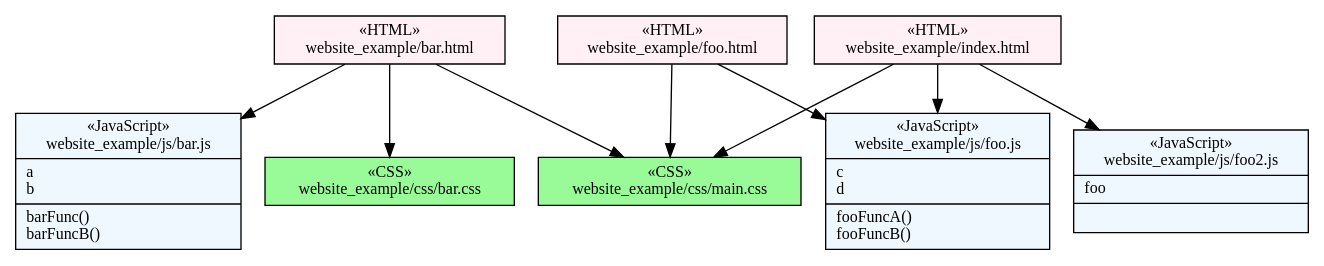
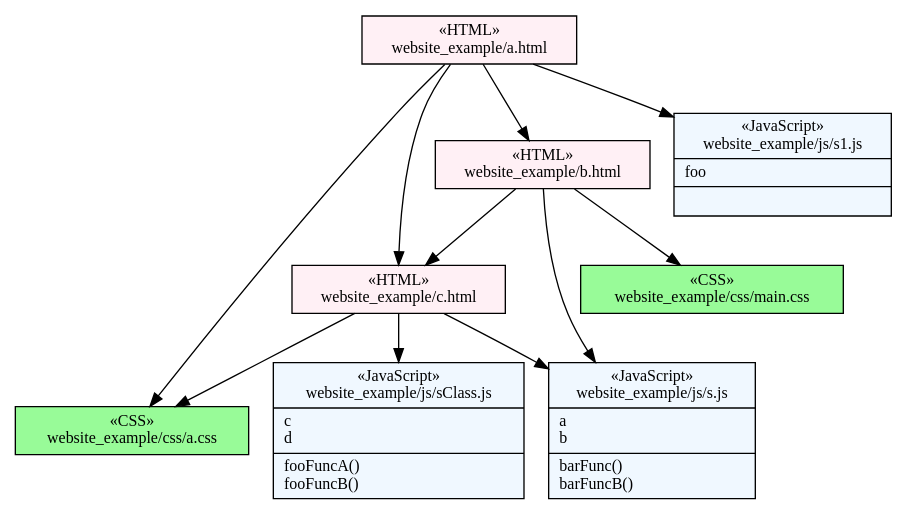
Before and after one commit to bakunin95/wavi: the diagram in example/result/example.dot, drawn with Graphviz. The commit also changed 29 other files, not shown here.

```diff
--- a/example/result/example.dot
+++ b/example/result/example.dot
@@ -1,18 +1,20 @@
 digraph G {
-  "website_example/bar.html" [ label = "{&laquo;HTML»\nwebsite_example/bar.html}", fontsize = 12, shape = record, style = "filled", fillcolor = "lavenderblush" ];
-  "website_example/foo.html" [ label = "{&laquo;HTML»\nwebsite_example/foo.html}", fontsize = 12, shape = record, style = "filled", fillcolor = "lavenderblush" ];
-  "website_example/index.html" [ label = "{&laquo;HTML»\nwebsite_example/index.html}", fontsize = 12, shape = record, style = "filled", fillcolor = "lavenderblush" ];
-  "website_example/css/bar.css" [ label = "{&laquo;CSS»\nwebsite_example/css/bar.css}", fontsize = 12, shape = record, style = "filled", fillcolor = "palegreen" ];
+  "website_example/a.html" [ label = "{&laquo;HTML»\nwebsite_example/a.html}", fontsize = 12, shape = record, style = "filled", fillcolor = "lavenderblush" ];
+  "website_example/b.html" [ label = "{&laquo;HTML»\nwebsite_example/b.html}", fontsize = 12, shape = record, style = "filled", fillcolor = "lavenderblush" ];
+  "website_example/c.html" [ label = "{&laquo;HTML»\nwebsite_example/c.html}", fontsize = 12, shape = record, style = "filled", fillcolor = "lavenderblush" ];
+  "website_example/css/a.css" [ label = "{&laquo;CSS»\nwebsite_example/css/a.css}", fontsize = 12, shape = record, style = "filled", fillcolor = "palegreen" ];
   "website_example/css/main.css" [ label = "{&laquo;CSS»\nwebsite_example/css/main.css}", fontsize = 12, shape = record, style = "filled", fillcolor = "palegreen" ];
-  "website_example/js/foo.js" [ label = "{&laquo;JavaScript»\nwebsite_example/js/foo.js|c\ld\l|fooFuncA()\lfooFuncB()\l}", fontsize = 12, shape = record, style = "filled", fillcolor = "aliceblue" ];
-  "website_example/js/bar.js" [ label = "{&laquo;JavaScript»\nwebsite_example/js/bar.js|a\lb\l|barFunc()\lbarFuncB()\l}", fontsize = 12, shape = record, style = "filled", fillcolor = "aliceblue" ];
-  "website_example/js/foo2.js" [ label = "{&laquo;JavaScript»\nwebsite_example/js/foo2.js|foo\l|\l}", fontsize = 12, shape = record, style = "filled", fillcolor = "aliceblue" ];
-  "website_example/foo.html" -> "website_example/css/main.css";
-  "website_example/index.html" -> "website_example/css/main.css";
-  "website_example/foo.html" -> "website_example/js/foo.js";
-  "website_example/bar.html" -> "website_example/css/bar.css";
-  "website_example/bar.html" -> "website_example/js/bar.js";
-  "website_example/bar.html" -> "website_example/css/main.css";
-  "website_example/index.html" -> "website_example/js/foo2.js";
-  "website_example/index.html" -> "website_example/js/foo.js";
+  "website_example/js/s.js" [ label = "{&laquo;JavaScript»\nwebsite_example/js/s.js|a\lb\l|barFunc()\lbarFuncB()\l}", fontsize = 12, shape = record, style = "filled", fillcolor = "aliceblue" ];
+  "website_example/js/sClass.js" [ label = "{&laquo;JavaScript»\nwebsite_example/js/sClass.js|c\ld\l|fooFuncA()\lfooFuncB()\l}", fontsize = 12, shape = record, style = "filled", fillcolor = "aliceblue" ];
+  "website_example/js/s1.js" [ label = "{&laquo;JavaScript»\nwebsite_example/js/s1.js|foo\l|\l}", fontsize = 12, shape = record, style = "filled", fillcolor = "aliceblue" ];
+  "website_example/b.html" -> "website_example/c.html";
+  "website_example/c.html" -> "website_example/js/sClass.js";
+  "website_example/b.html" -> "website_example/js/s.js";
+  "website_example/b.html" -> "website_example/css/main.css";
+  "website_example/a.html" -> "website_example/b.html";
+  "website_example/c.html" -> "website_example/js/s.js";
+  "website_example/a.html" -> "website_example/js/s1.js";
+  "website_example/c.html" -> "website_example/css/a.css";
+  "website_example/a.html" -> "website_example/css/a.css";
+  "website_example/a.html" -> "website_example/c.html";
 }
```
